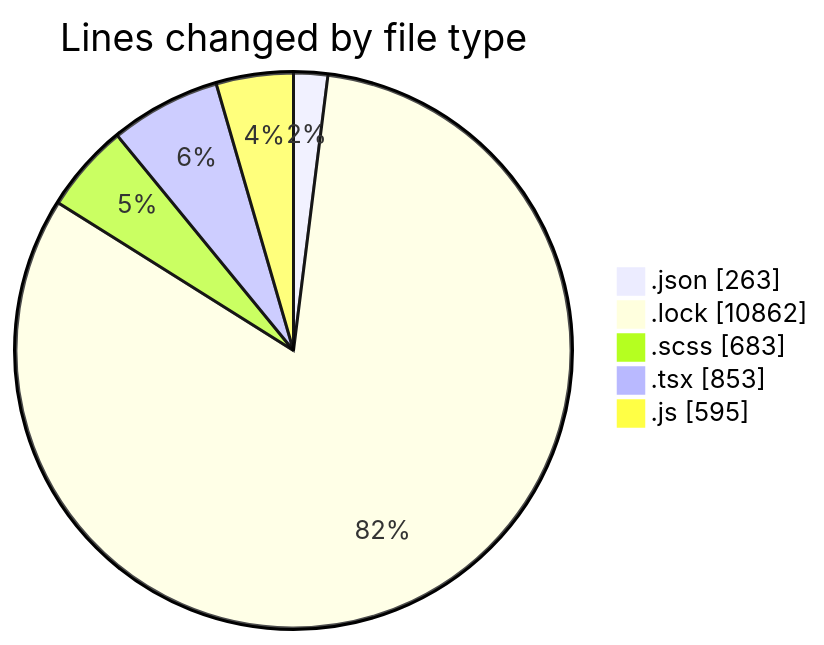
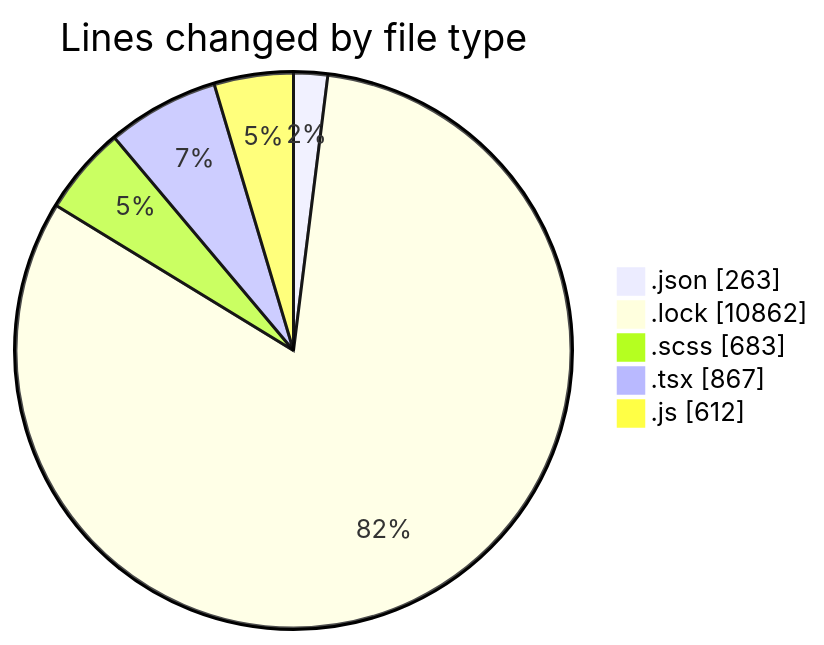
Before and after one commit to momahboobian/code-tracking: the first of 2 diagrams in 2026-05-18/cda/README.md, drawn with Mermaid. The commit also changed other lines of this file and 1 other file, not shown here.

````diff
--- a/2026-05-18/cda/README.md
+++ b/2026-05-18/cda/README.md
@@ -35,9 +35,9 @@
 ```mermaid
 pie showData
 title Lines changed by file type
 ".json" : 263
 ".lock" : 10862
 ".scss" : 683
-".tsx" : 853
-".js" : 595
+".tsx" : 867
+".js" : 612
 ```
````
